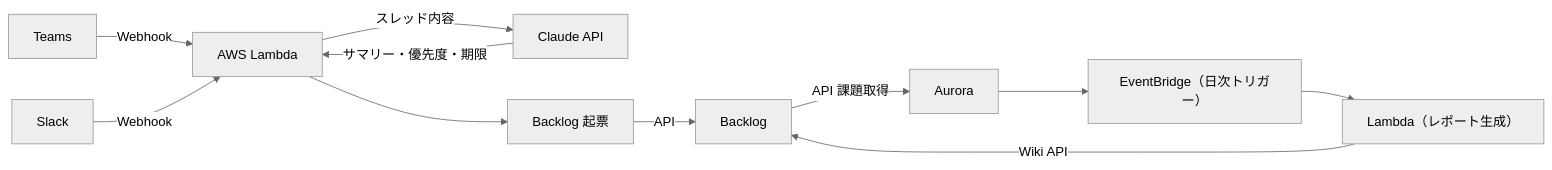
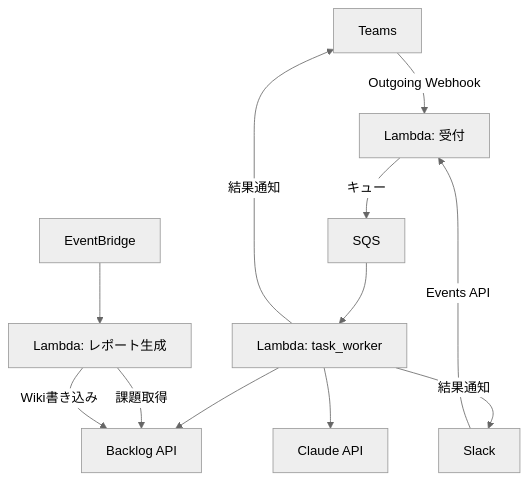
Before and after one commit to nohara-kengo/nct-topal: the third of 5 diagrams in README.md, drawn with Mermaid (neutral theme). The commit also changed other lines of this file and 18 other files, not shown here.

````diff
--- a/README.md
+++ b/README.md
@@ -43,14 +60,15 @@
 ```mermaid
-flowchart LR
-    A1[Teams] -->|Webhook| B[AWS Lambda]
-    A2[Slack] -->|Webhook| B
-    B -->|スレッド内容| C[Claude API]
-    C -->|サマリー・優先度・期限| B
-    B --> D[Backlog 起票]
-    D -->|API| E[Backlog]
+flowchart TD
+    A1[Teams] -->|Outgoing Webhook| B[Lambda: 受付]
+    A2[Slack] -->|Events API| B
+    B -->|キュー| SQS[SQS]
+    SQS --> C[Lambda: task_worker]
+    C --> D[Claude API]
+    C --> F[Backlog API]
+    C -->|結果通知| A1
+    C -->|結果通知| A2
 
-    E -->|API 課題取得| F[Aurora]
-    F --> G[EventBridge（日次トリガー）]
-    G --> H[Lambda（レポート生成）]
-    H -->|Wiki API| E
+    G[EventBridge] --> H[Lambda: レポート生成]
+    H -->|課題取得| F
+    H -->|Wiki書き込み| F
 ```
````
